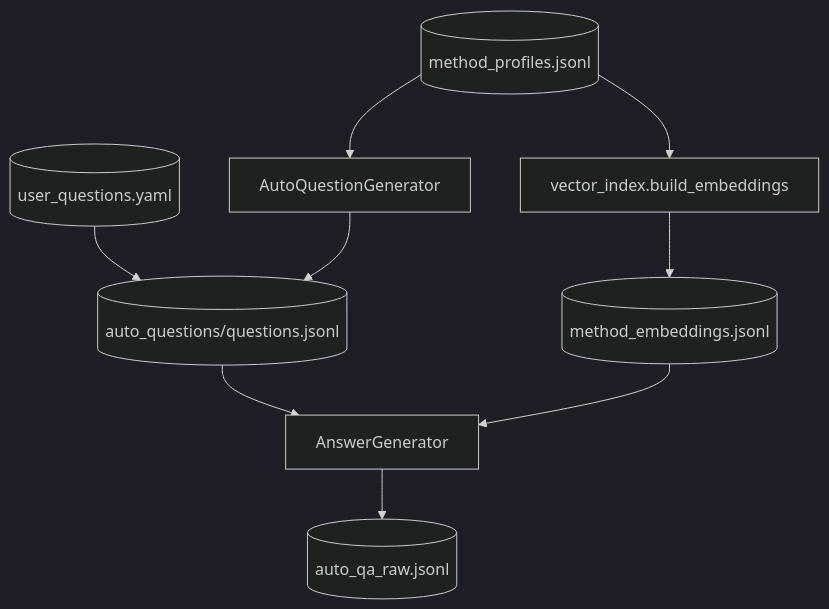
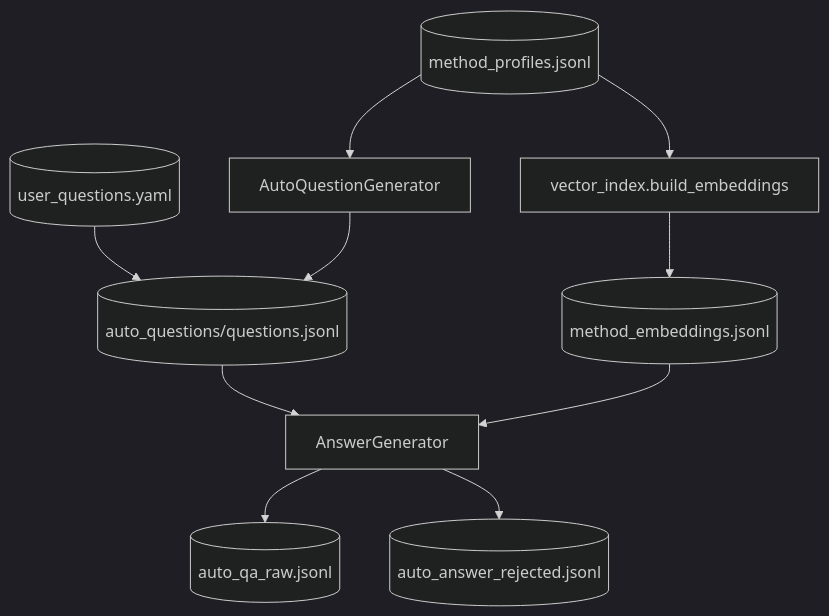
Before and after one commit to FlutteryEmbers/intelligent_code: the diagram in docs/pipeline/03-question-answer-step.md, drawn with Mermaid (dark theme). The commit also changed other lines of this file and 37 other files, not shown here.

````diff
--- a/docs/pipeline/03-question-answer-step.md
+++ b/docs/pipeline/03-question-answer-step.md
@@ -66,11 +64,12 @@
 ```mermaid
 flowchart TD
   P[(method_profiles.jsonl)] --> C[vector_index.build_embeddings]
   P --> D[AutoQuestionGenerator]
   U[(user_questions.yaml)] --> Q[(auto_questions/questions.jsonl)]
   D --> Q
   C --> E[(method_embeddings.jsonl)]
   Q --> F[AnswerGenerator]
   E --> F
   F --> O[(auto_qa_raw.jsonl)]
+  F --> R[(auto_answer_rejected.jsonl)]
 ```
````
